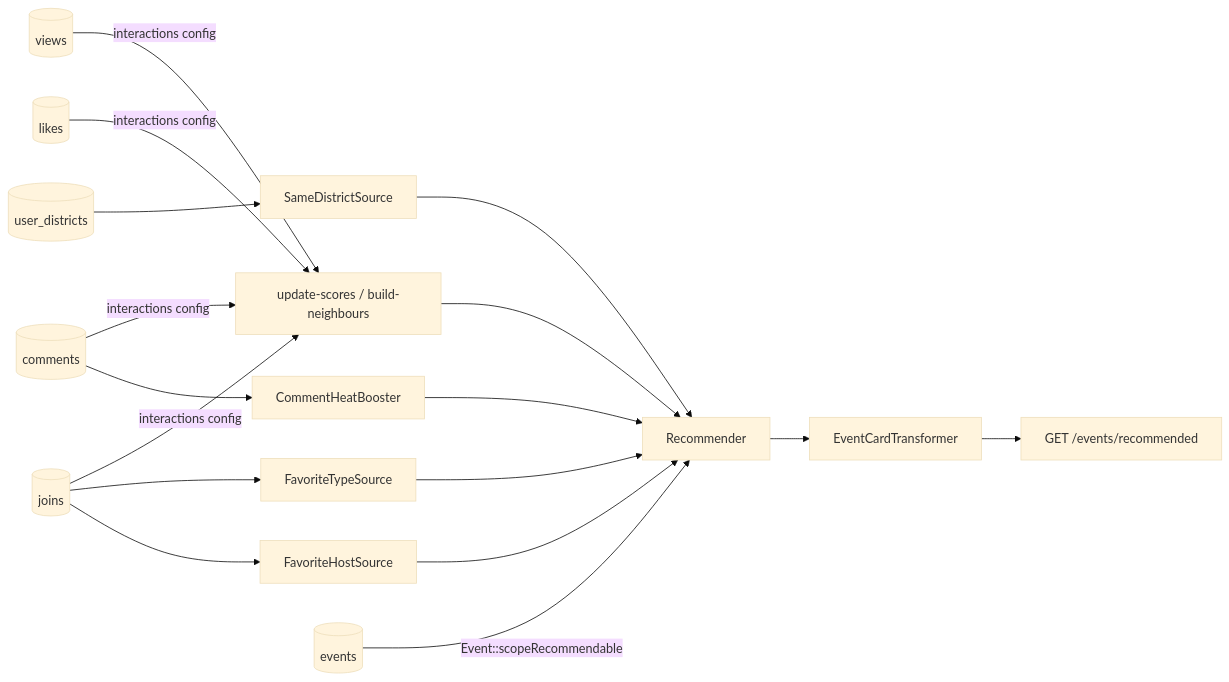
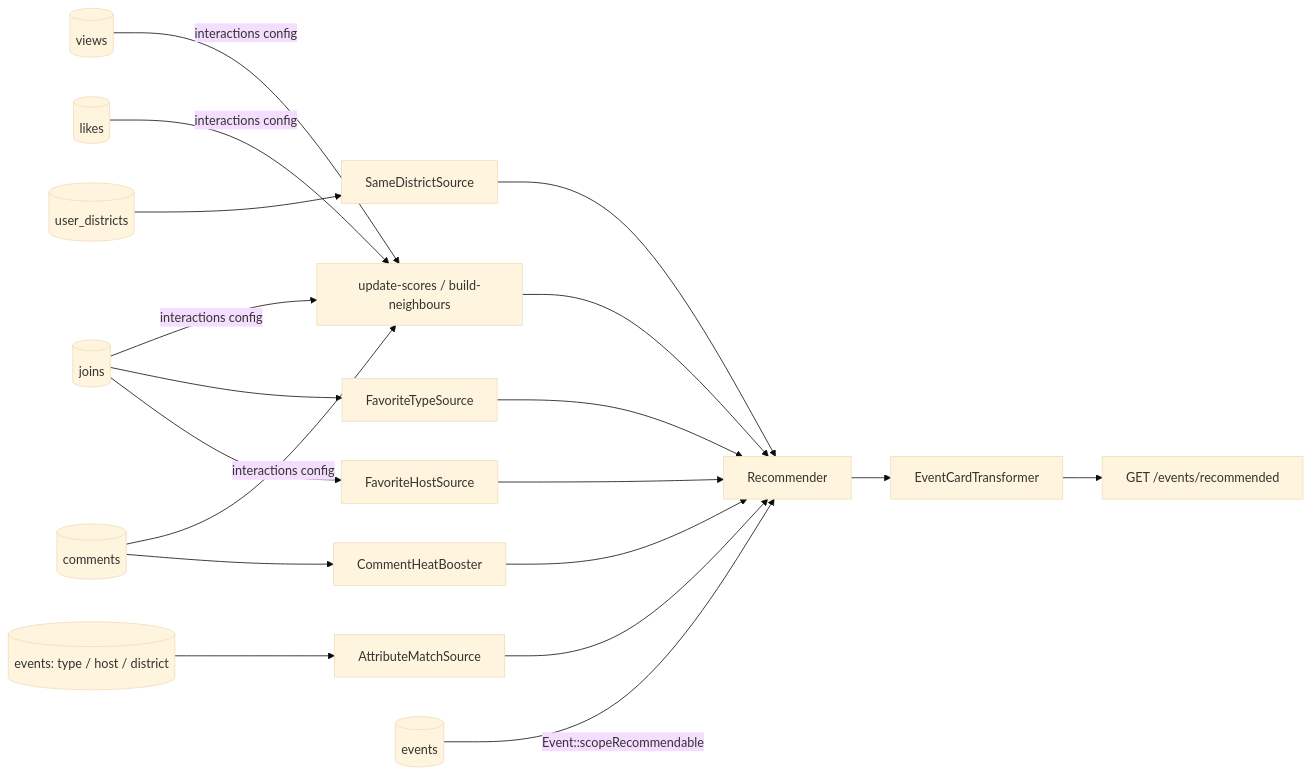
Before and after one commit to solutionforest/laravel-recommender: the diagram in examples/events-advanced/README.md, drawn with Mermaid (base theme). The commit also changed other lines of this file and 18 other files, not shown here.

First line of the commit message:
docs: attribute match and speed checks across the docs; events-advanced example uses attribute match (#54)

````diff
--- a/examples/events-advanced/README.md
+++ b/examples/events-advanced/README.md
@@ -17,15 +18,16 @@
 ```mermaid
 flowchart LR
   V[(views)] & L[(likes)] & C[(comments)] & J[(joins)] -->|interactions config| I[update-scores / build-neighbours]
   UD[(user_districts)] --> D[SameDistrictSource]
   J --> T[FavoriteTypeSource]
   J --> H[FavoriteHostSource]
   C --> B[CommentHeatBooster]
   I --> R[Recommender]
   D --> R
   T --> R
   H --> R
+  E2[(events: type / host / district)] --> AM[AttributeMatchSource] --> R
   B --> R
   E[(events)] -->|Event::scopeRecommendable| R
   R --> CT[EventCardTransformer] --> API["GET /events/recommended"]
 ```
````
